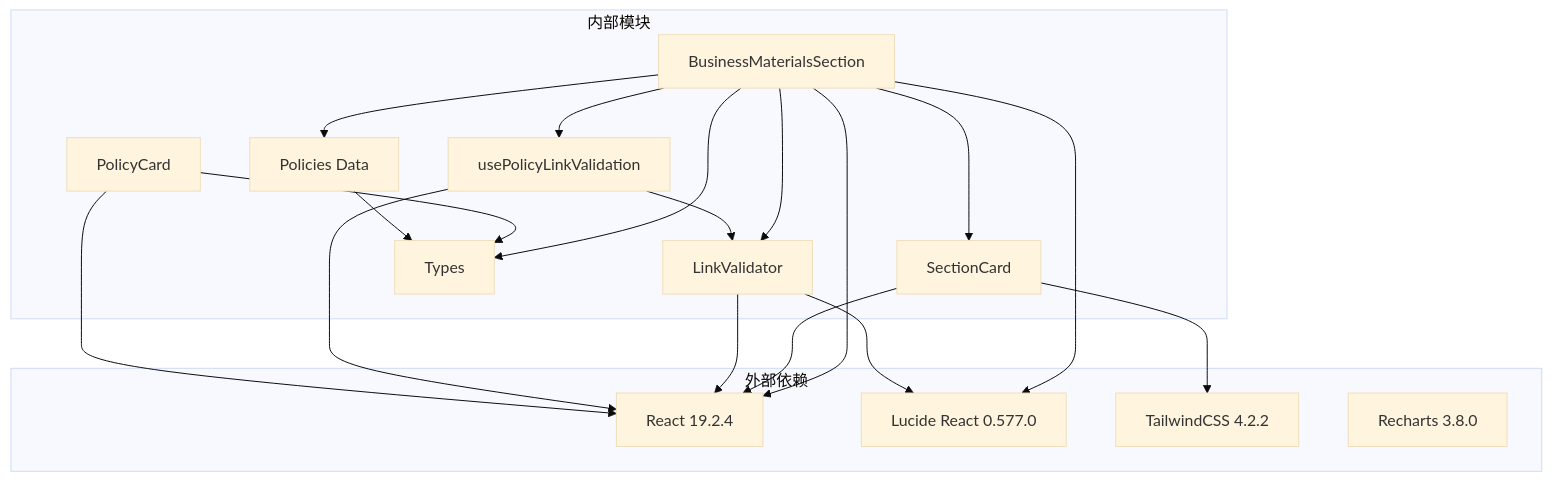
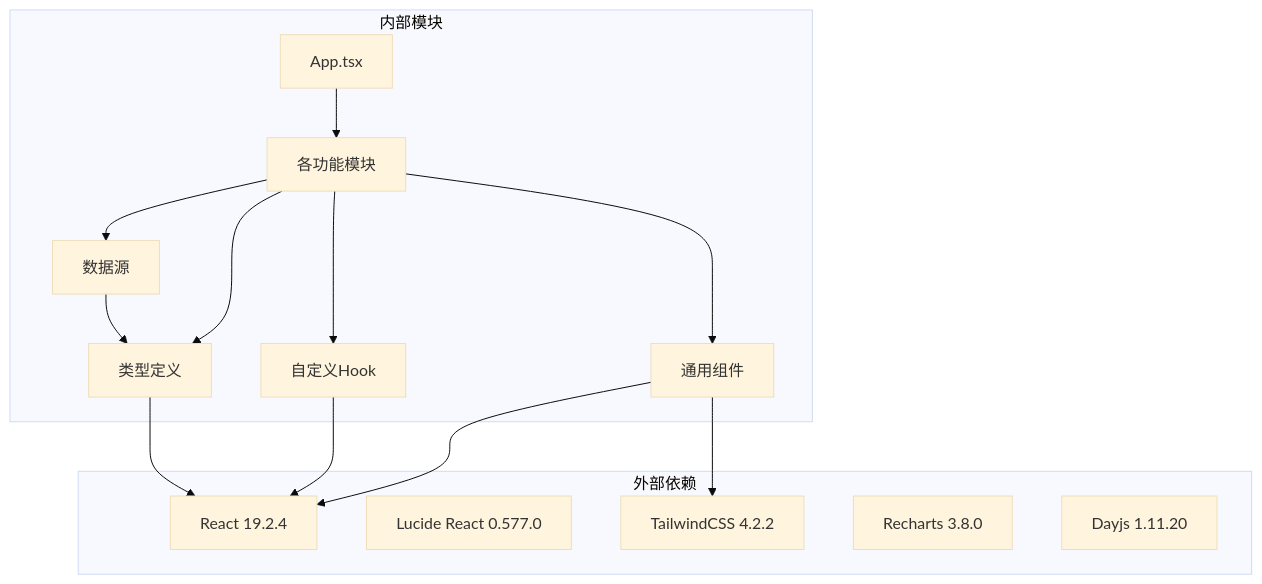
The fourth of 4 diagrams in .qoder/repowiki/zh/content/功能模块/业务材料模块.md (liangxuanliang-cmd/carbon-info-agent), drawn with Mermaid (base theme) before and after one commit. The commit also changed other lines of this file and 21 other files, not shown here.

````diff
--- a/.qoder/repowiki/zh/content/功能模块/业务材料模块.md
+++ b/.qoder/repowiki/zh/content/功能模块/业务材料模块.md
@@ -412,34 +169,28 @@
 ```mermaid
 graph TB
 subgraph "外部依赖"
 React[React 19.2.4]
 Lucide[Lucide React 0.577.0]
 Tailwind[TailwindCSS 4.2.2]
 Recharts[Recharts 3.8.0]
+Dayjs[Dayjs 1.11.20]
 end
 subgraph "内部模块"
-BM[BusinessMaterialsSection]
-SC[SectionCard]
-LV[LinkValidator]
-UV[usePolicyLinkValidation]
-PC[PolicyCard]
-TY[Types]
-PD[Policies Data]
+App[App.tsx]
+Sections[各功能模块]
+Components[通用组件]
+Hooks[自定义Hook]
+Types[类型定义]
+Data[数据源]
 end
-BM --> React
-BM --> Lucide
-BM --> SC
-BM --> LV
-BM --> UV
-BM --> PD
-BM --> TY
-SC --> React
-SC --> Tailwind
-LV --> React
-LV --> Lucide
-UV --> React
-UV --> LV
-PC --> React
-PC --> TY
-PD --> TY
+App --> Sections
+Sections --> Components
+Sections --> Hooks
+Sections --> Types
+Sections --> Data
+Components --> React
+Components --> Tailwind
+Hooks --> React
+Types --> React
+Data --> Types
 ```
````
